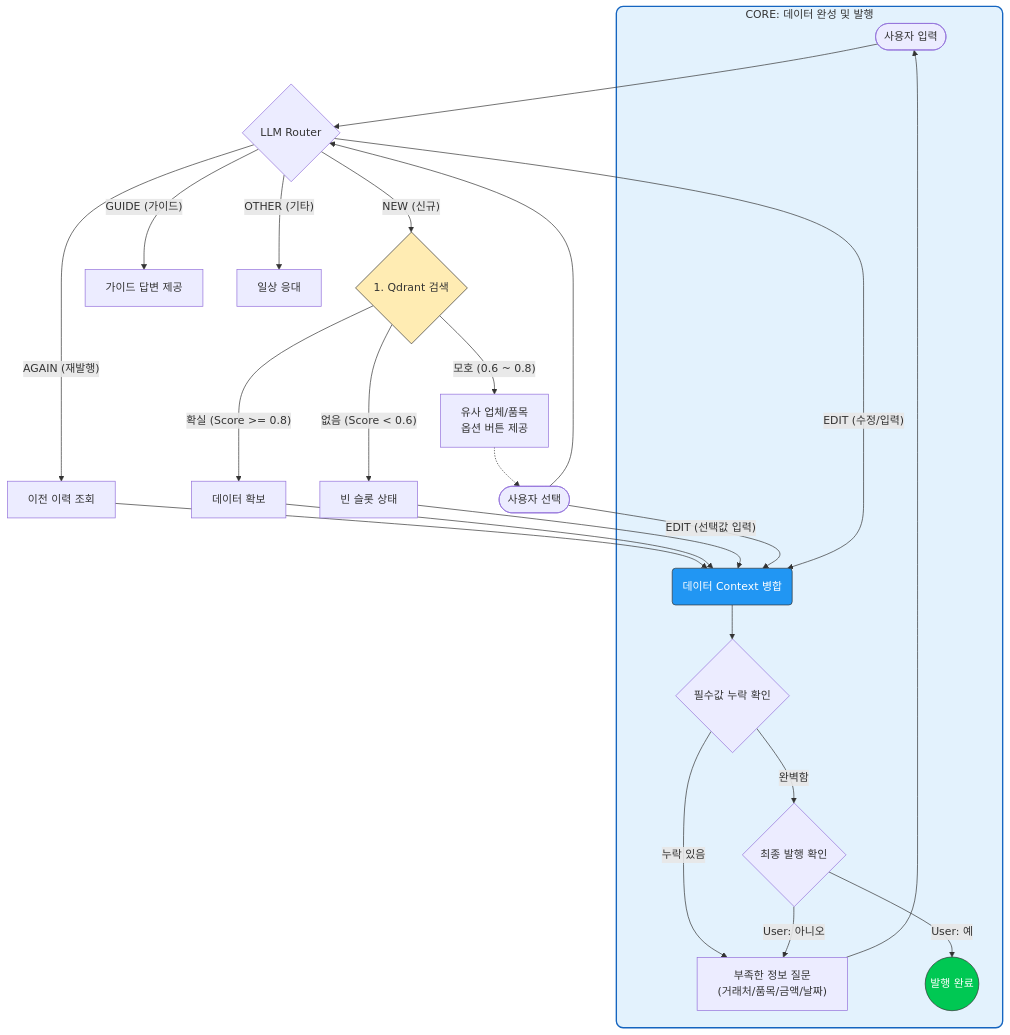
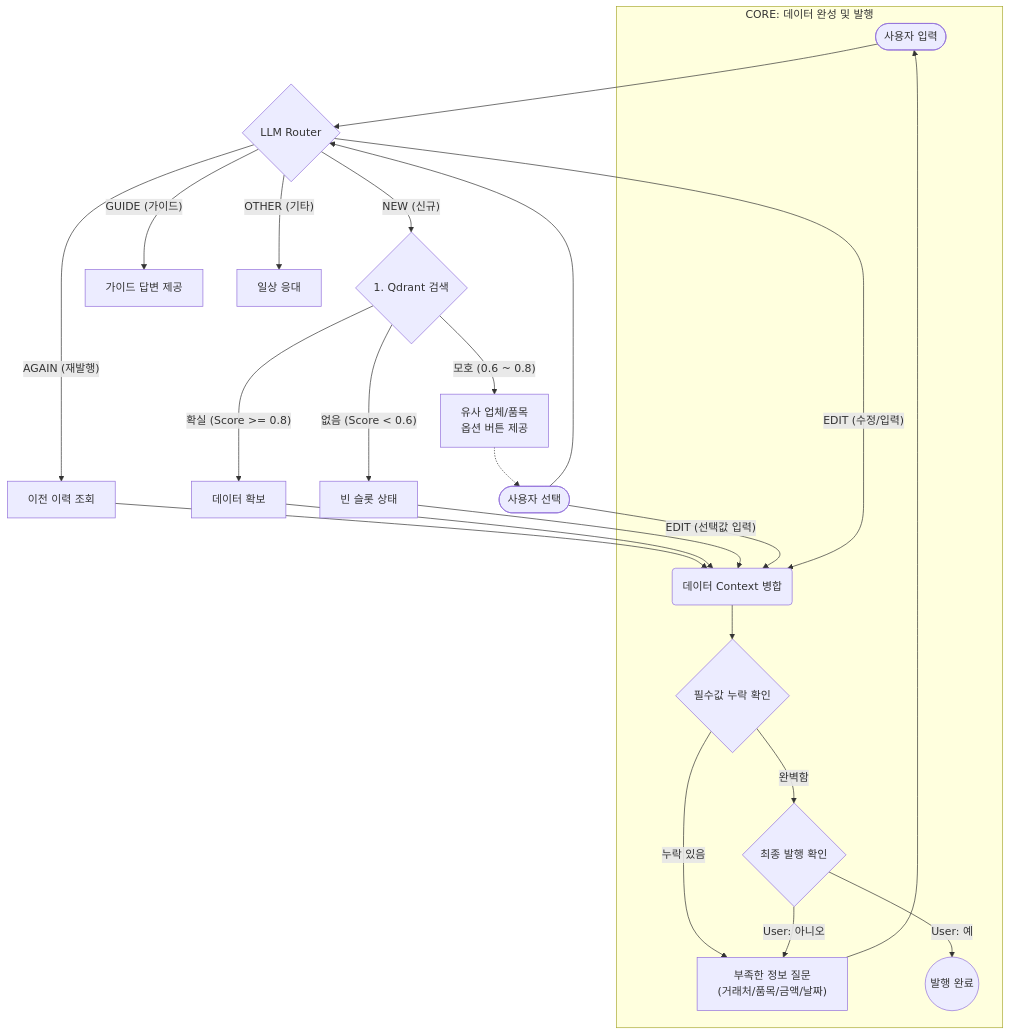
The diagram in README.md (jyh000810/study), drawn with Mermaid before and after one commit.

````diff
--- a/README.md
+++ b/README.md
@@ -2,47 +2,43 @@
 ```mermaid
 flowchart TD
     User([사용자 입력]) --> Router{LLM Router}
 
     %% ------------------------------------------------
     %% 1. 기타 기능 (단발성)
     %% ------------------------------------------------
     Router -- "GUIDE (가이드)" --> GuideRes[가이드 답변 제공]
     Router -- "OTHER (기타)" --> OtherRes[일상 응대]
 
     %% ------------------------------------------------
     %% 2. 데이터 수집 단계 (NEW / AGAIN)
     %% ------------------------------------------------
     Router -- "AGAIN (재발행)" --> LoadHistory[이전 이력 조회] --> PushSlots
     Router -- "NEW (신규)" --> QdrantSearch{1. Qdrant 검색}
 
     %% Qdrant 검색 결과 분기
     QdrantSearch -- "확실 (Score >= 0.8)" --> FoundData[데이터 확보] --> PushSlots
     QdrantSearch -- "모호 (0.6 ~ 0.8)" --> ShowOptions["유사 업체/품목<br/>옵션 버튼 제공"]
     QdrantSearch -- "없음 (Score < 0.6)" --> EmptyData[빈 슬롯 상태] --> PushSlots
 
     %% 사용자 선택 (옵션에서 선택 시)
     ShowOptions -.-> UserSelect([사용자 선택]) --> Router
     UserSelect -- "EDIT (선택값 입력)" --> PushSlots(데이터 Context 병합)
 
     %% ------------------------------------------------
     %% 3. 핵심: EDIT 프로세스 (무조건 여기를 통과함)
     %% ------------------------------------------------
     Router -- "EDIT (수정/입력)" --> PushSlots
     
     subgraph EDIT_PROCESS [CORE: 데이터 완성 및 발행]
         PushSlots --> CheckMissing{필수값 누락 확인}
         
         CheckMissing -- "누락 있음" --> AskUser["부족한 정보 질문<br/>(거래처/품목/금액/날짜)"]
         AskUser --> User
         
         CheckMissing -- "완벽함" --> FinalConfirm{최종 발행 확인}
         FinalConfirm -- "User: 예" --> IssueDone((발행 완료))
         FinalConfirm -- "User: 아니오" --> AskUser
     end
 
-    %% 스타일 정의
-    style EDIT_PROCESS fill:#e3f2fd,stroke:#1565c0,stroke-width:2px,rx:10,ry:10
-    style PushSlots fill:#2196f3,color:#fff,stroke:#333
-    style IssueDone fill:#00c853,color:#fff,stroke:#333
-    style QdrantSearch fill:#ffecb3,stroke:#333
+
 ```
````
